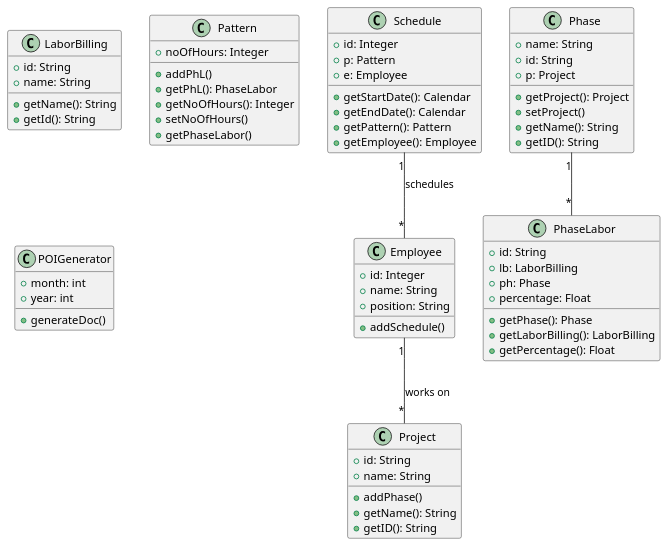
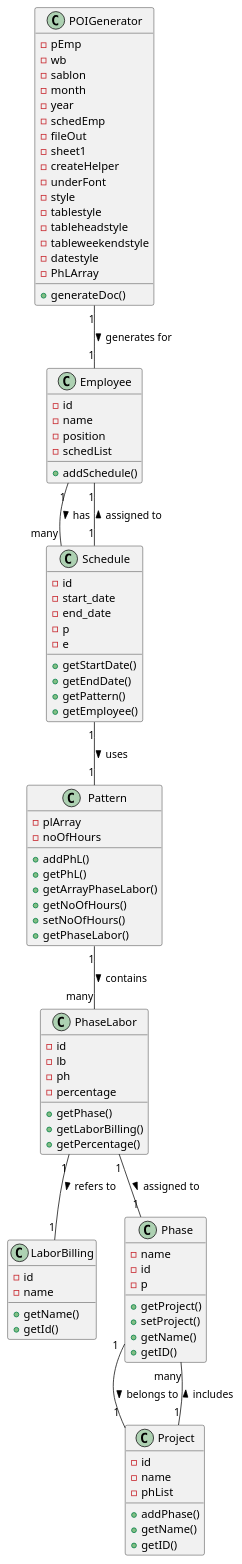
The diagram in artefacts/controlled-experiment/project-4/t5-no-haf.puml (sh4r10/thesis-autogen-classdiagrams), drawn with PlantUML before and after one commit. The commit also changed 171 other files, not shown here.

```diff
--- a/artefacts/controlled-experiment/project-4/t5-no-haf.puml
+++ b/artefacts/controlled-experiment/project-4/t5-no-haf.puml
@@ -1,74 +1,98 @@
 @startuml
+class Employee {
+    - id
+    - name
+    - position
+    - schedList
+    + addSchedule()
+}
 
-class Employee {
-  +id: Integer
-  +name: String
-  +position: String
-  +addSchedule()
+class Schedule {
+    - id
+    - start_date
+    - end_date
+    - p
+    - e
+    + getStartDate()
+    + getEndDate()
+    + getPattern()
+    + getEmployee()
+}
+
+class Pattern {
+    - plArray
+    - noOfHours
+    + addPhL()
+    + getPhL()
+    + getArrayPhaseLabor()
+    + getNoOfHours()
+    + setNoOfHours()
+    + getPhaseLabor()
+}
+
+class PhaseLabor {
+    - id
+    - lb
+    - ph
+    - percentage
+    + getPhase()
+    + getLaborBilling()
+    + getPercentage()
 }
 
 class LaborBilling {
-  +id: String
-  +name: String
-  +getName(): String
-  +getId(): String
-}
-
-class Pattern {
-  +noOfHours: Integer
-  +addPhL()
-  +getPhL(): PhaseLabor
-  +getNoOfHours(): Integer
-  +setNoOfHours()
-  +getPhaseLabor()
+    - id
+    - name
+    + getName()
+    + getId()
 }
 
 class Phase {
-  +name: String
-  +id: String
-  +p: Project
-  +getProject(): Project
-  +setProject()
-  +getName(): String
-  +getID(): String
+    - name
+    - id
+    - p
+    + getProject()
+    + setProject()
+    + getName()
+    + getID()
 }
 
-class PhaseLabor {
-  +id: String
-  +lb: LaborBilling
-  +ph: Phase
-  +percentage: Float
-  +getPhase(): Phase
-  +getLaborBilling(): LaborBilling
-  +getPercentage(): Float
+class Project {
+    - id
+    - name
+    - phList
+    + addPhase()
+    + getName()
+    + getID()
 }
 
 class POIGenerator {
-  +month: int
-  +year: int
-  +generateDoc()
+    - pEmp
+    - wb
+    - sablon
+    - month
+    - year
+    - schedEmp
+    - fileOut
+    - sheet1
+    - createHelper
+    - underFont
+    - style
+    - tablestyle
+    - tableheadstyle
+    - tableweekendstyle
+    - datestyle
+    - PhLArray
+    + generateDoc()
 }
 
-class Project {
-  +id: String
-  +name: String
-  +addPhase()
-  +getName(): String
-  +getID(): String
-}
-
-class Schedule {
-  +id: Integer
-  +p: Pattern
-  +e: Employee
-  +getStartDate(): Calendar
-  +getEndDate(): Calendar
-  +getPattern(): Pattern
-  +getEmployee(): Employee
-}
-
-Employee "1" -- "*" Project : works on
-Phase "1" -- "*" PhaseLabor
-Schedule "1" -- "*" Employee : schedules
-
+Employee "1" -- "many" Schedule : has >
+Schedule "1" -- "1" Pattern : uses >
+Schedule "1" -- "1" Employee : assigned to >
+Pattern "1" -- "many" PhaseLabor : contains >
+PhaseLabor "1" -- "1" LaborBilling : refers to >
+PhaseLabor "1" -- "1" Phase : assigned to >
+Phase "1" -- "1" Project : belongs to >
+Project "1" -- "many" Phase : includes >
+POIGenerator "1" -- "1" Employee : generates for >
 @enduml
```
